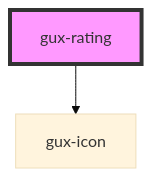
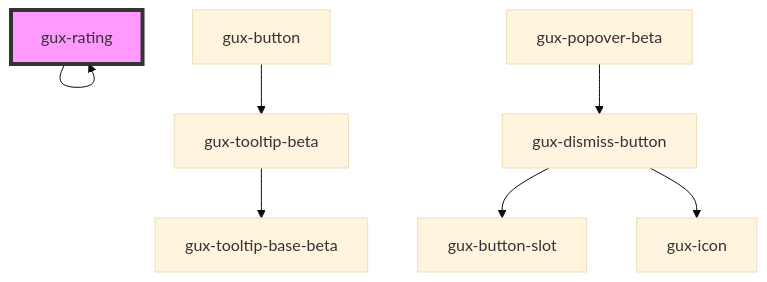
Before and after one commit to MyPureCloud/genesys-spark: the diagram in packages/genesys-spark-components/src/components/stable/gux-rating/readme.md, drawn with Mermaid (base theme). The commit also changed other lines of this file and 78 other files, not shown here.

````diff
--- a/packages/genesys-spark-components/src/components/stable/gux-rating/readme.md
+++ b/packages/genesys-spark-components/src/components/stable/gux-rating/readme.md
@@ -31,5 +39,10 @@
 ```mermaid
 graph TD;
-  gux-rating --> gux-icon
+  gux-rating --> gux-rating
+  gux-button --> gux-tooltip-beta
+  gux-tooltip-beta --> gux-tooltip-base-beta
+  gux-popover-beta --> gux-dismiss-button
+  gux-dismiss-button --> gux-button-slot
+  gux-dismiss-button --> gux-icon
   style gux-rating fill:#f9f,stroke:#333,stroke-width:4px
 ```
````
